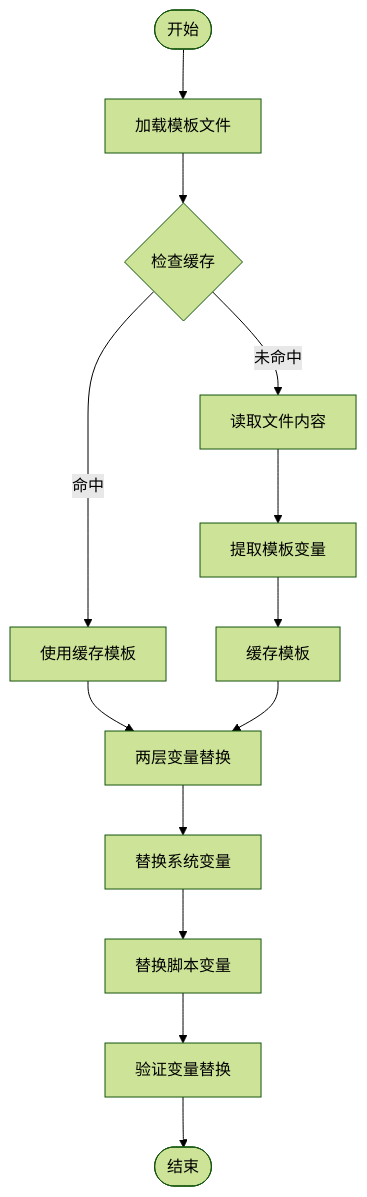
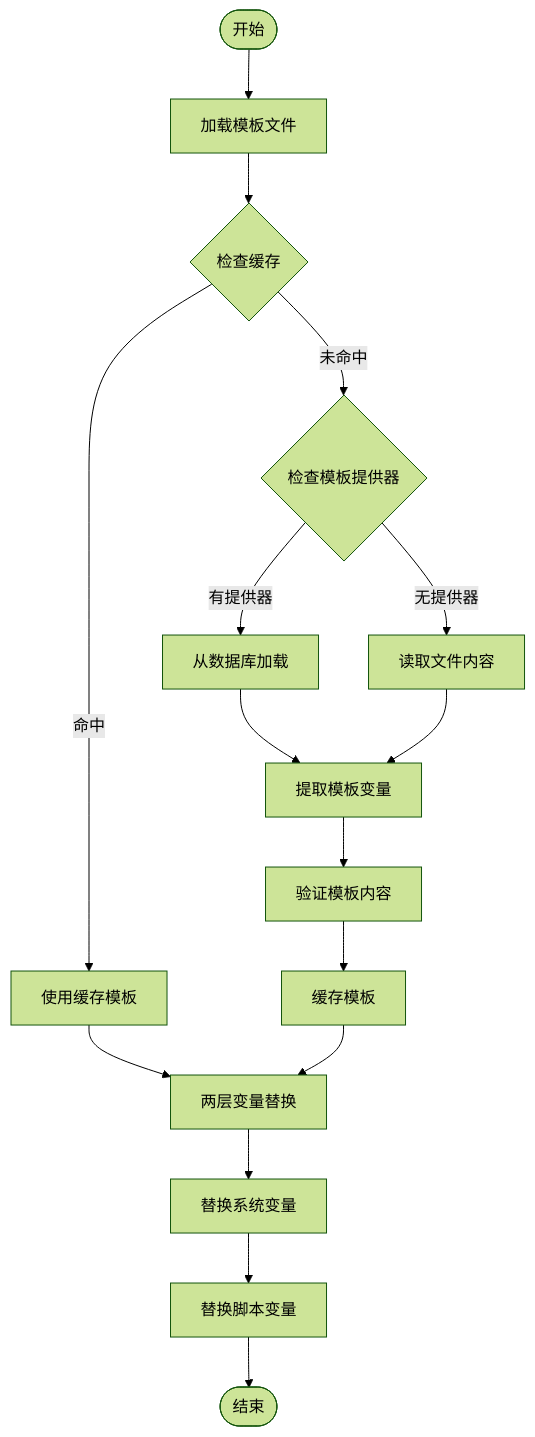
The fifth of 8 diagrams in .qoder/repowiki/zh/content/核心引擎系统/核心引擎系统.md (EverettCamus/HeartRule-Qoder), drawn with Mermaid (forest theme) before and after one commit. The commit also changed other lines of this file and 8 other files, not shown here.

````diff
--- a/.qoder/repowiki/zh/content/核心引擎系统/核心引擎系统.md
+++ b/.qoder/repowiki/zh/content/核心引擎系统/核心引擎系统.md
@@ -300,15 +351,18 @@
 ```mermaid
 flowchart TD
 Start(["开始"]) --> Load["加载模板文件"]
 Load --> Cache{"检查缓存"}
 Cache --> |命中| UseCache["使用缓存模板"]
-Cache --> |未命中| ReadFile["读取文件内容"]
-ReadFile --> ExtractVars["提取模板变量"]
-ExtractVars --> CacheTemplate["缓存模板"]
+Cache --> |未命中| CheckProvider{"检查模板提供器"}
+CheckProvider --> |有提供器| LoadDB["从数据库加载"]
+CheckProvider --> |无提供器| ReadFile["读取文件内容"]
+LoadDB --> ExtractVars["提取模板变量"]
+ReadFile --> ExtractVars
+ExtractVars --> Validate["验证模板内容"]
+Validate --> CacheTemplate["缓存模板"]
 UseCache --> ReplaceVars["两层变量替换"]
 CacheTemplate --> ReplaceVars
 ReplaceVars --> SystemVars["替换系统变量"]
 SystemVars --> ScriptVars["替换脚本变量"]
-ScriptVars --> Validate["验证变量替换"]
-Validate --> End(["结束"])
+ScriptVars --> End(["结束"])
 ```
````
